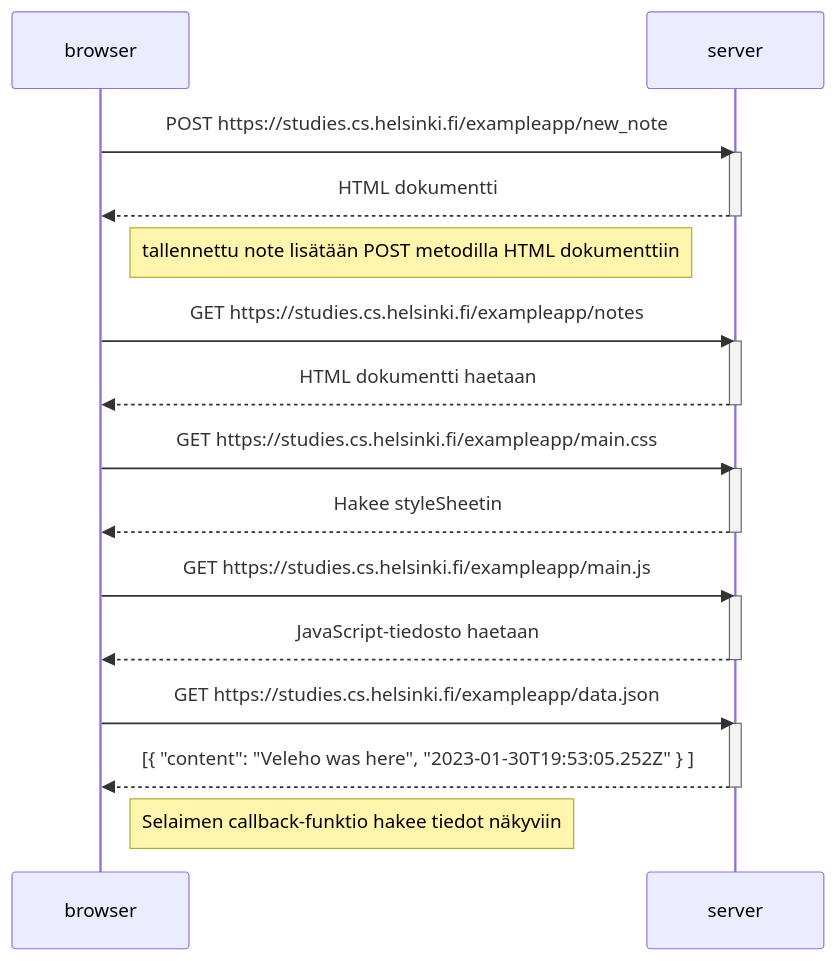
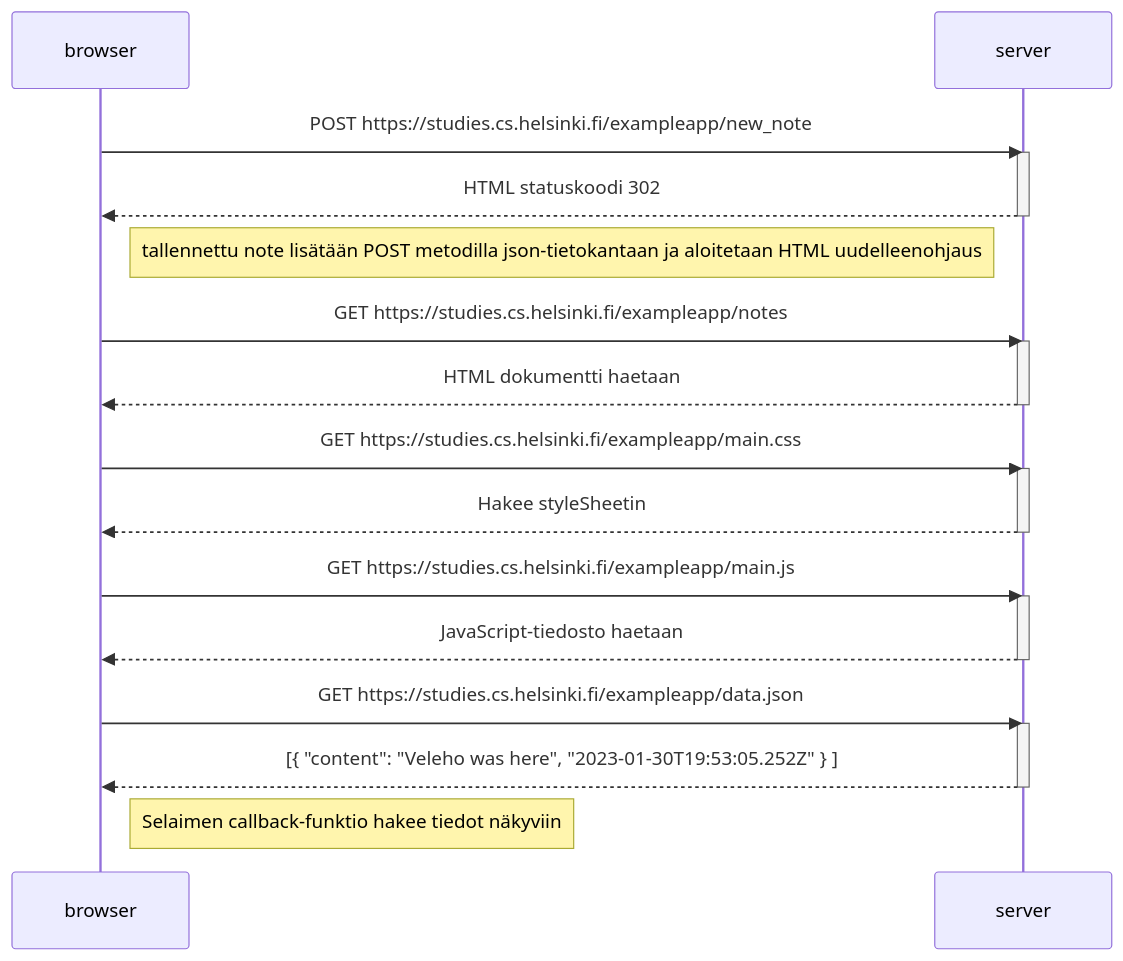
Before and after one commit to JaniTheMentalBoomer/Palautusrepositorio: the diagram in Osa0/Task04.md, drawn with Mermaid.

````diff
--- a/Osa0/Task04.md
+++ b/Osa0/Task04.md
@@ -3,34 +3,34 @@
 ```mermaid
 sequenceDiagram
     participant browser
     participant server
     
     browser->>server: POST https://studies.cs.helsinki.fi/exampleapp/new_note
     activate server
-    server-->>browser: HTML dokumentti
+    server-->>browser: HTML statuskoodi 302
     deactivate server
     
-    Note right of browser: tallennettu note lisätään POST metodilla HTML dokumenttiin
+    Note right of browser: tallennettu note lisätään POST metodilla json-tietokantaan ja aloitetaan HTML uudelleenohjaus
     
     browser->>server: GET https://studies.cs.helsinki.fi/exampleapp/notes
     activate server
     server-->>browser: HTML dokumentti haetaan
     deactivate server
     
     browser->>server: GET https://studies.cs.helsinki.fi/exampleapp/main.css
     activate server
     server-->>browser: Hakee styleSheetin
     deactivate server
     
     browser->>server: GET https://studies.cs.helsinki.fi/exampleapp/main.js
     activate server
     server-->>browser: JavaScript-tiedosto haetaan
     deactivate server
     
     browser->>server: GET https://studies.cs.helsinki.fi/exampleapp/data.json
     activate server
     server-->>browser: [{ "content": "Veleho was here", "2023-01-30T19:53:05.252Z" } ]
     deactivate server    
 
     Note right of browser: Selaimen callback-funktio hakee tiedot näkyviin
 ```
````
